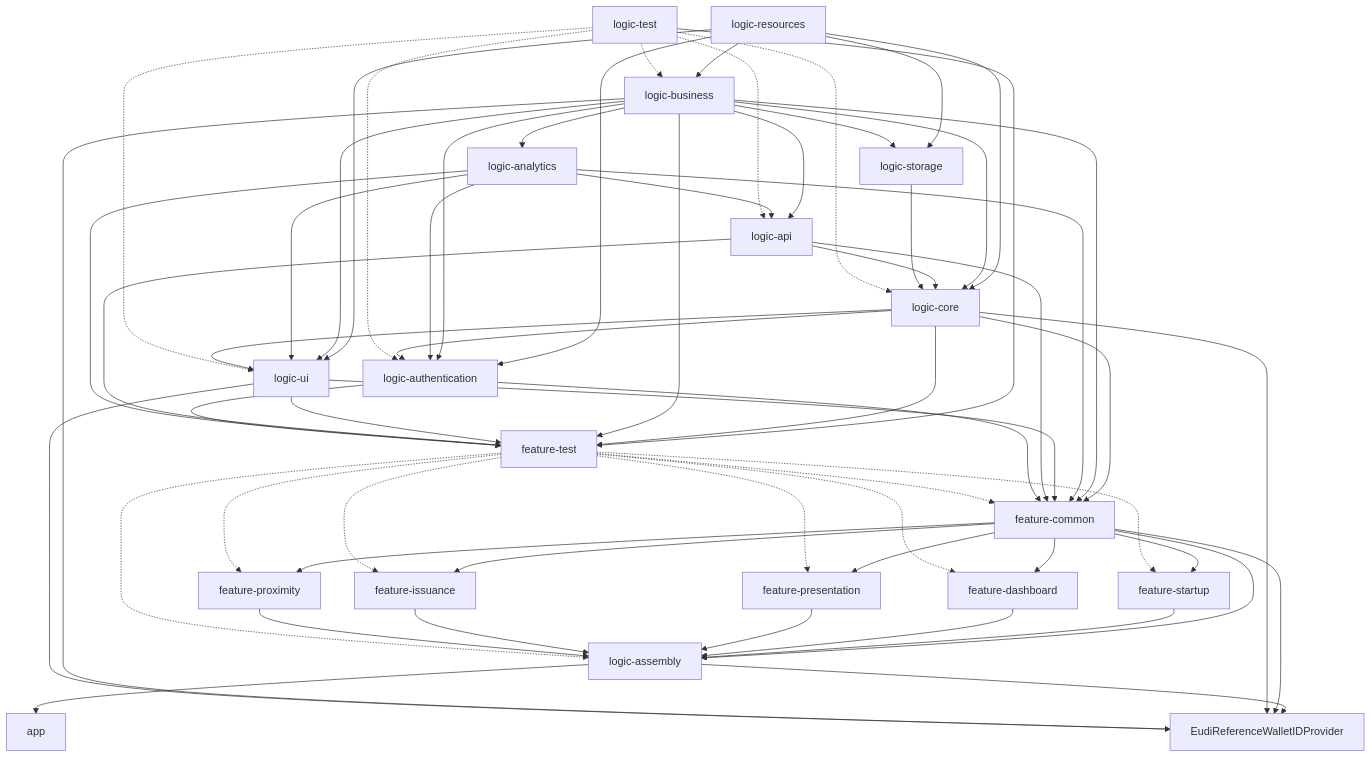
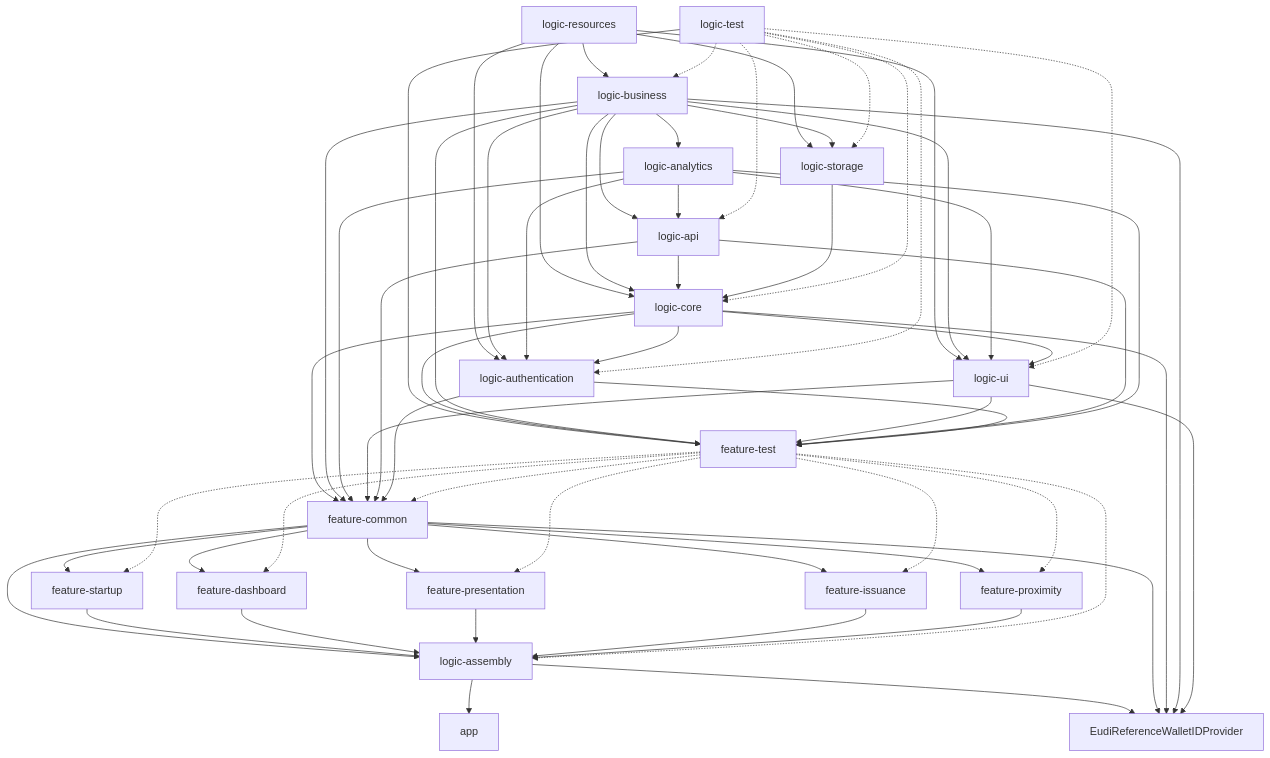
Before and after one commit to niscy-eudiw/eudi-app-ios-wallet-ui: the diagram in README.md, drawn with Mermaid. The commit also changed other lines of this file and 60 other files, not shown here.

````diff
--- a/README.md
+++ b/README.md
@@ -259,77 +257,78 @@
 ```mermaid
 graph TD;
 
   logic-resources --> logic-business
   logic-resources --> logic-storage
   logic-resources --> logic-core
   logic-resources --> logic-ui
   logic-resources --> logic-authentication
 
   logic-business --> logic-analytics
   logic-business --> logic-api
   logic-business --> logic-storage
   logic-business --> logic-core
   logic-business --> logic-ui
   logic-business --> logic-authentication
 
   logic-analytics --> logic-api
   logic-analytics --> logic-ui
   logic-analytics --> logic-authentication
 
   logic-api --> logic-core
   logic-storage --> logic-core
 
   logic-core --> logic-ui
   logic-core --> logic-authentication
 
   logic-core --> feature-common
   logic-business --> feature-common
   logic-analytics --> feature-common
   logic-ui --> feature-common
   logic-api --> feature-common
   logic-authentication --> feature-common
 
   feature-common --> feature-startup
   feature-common --> feature-dashboard
   feature-common --> feature-presentation
   feature-common --> feature-issuance
   feature-common --> feature-proximity
 
   feature-common --> logic-assembly
   feature-startup --> logic-assembly
   feature-dashboard --> logic-assembly
   feature-presentation --> logic-assembly
   feature-issuance --> logic-assembly
   feature-proximity --> logic-assembly
 
   logic-assembly --> app
 
   logic-assembly --> EudiReferenceWalletIDProvider
   feature-common --> EudiReferenceWalletIDProvider
   logic-core --> EudiReferenceWalletIDProvider
   logic-business --> EudiReferenceWalletIDProvider
   logic-ui --> EudiReferenceWalletIDProvider
 
   logic-test --> feature-test
   logic-core --> feature-test
   logic-business --> feature-test
   logic-ui --> feature-test
   logic-api --> feature-test
   logic-analytics --> feature-test
   logic-authentication --> feature-test
 
   logic-test -.-> logic-business
   logic-test -.-> logic-api
   logic-test -.-> logic-core
   logic-test -.-> logic-ui
   logic-test -.-> logic-authentication
+  logic-test -.-> logic-storage
 
   feature-test -.-> feature-common
   feature-test -.-> feature-startup
   feature-test -.-> feature-dashboard
   feature-test -.-> feature-presentation
   feature-test -.-> feature-issuance
   feature-test -.-> feature-proximity
   feature-test -.-> logic-assembly
 
 ```
````
